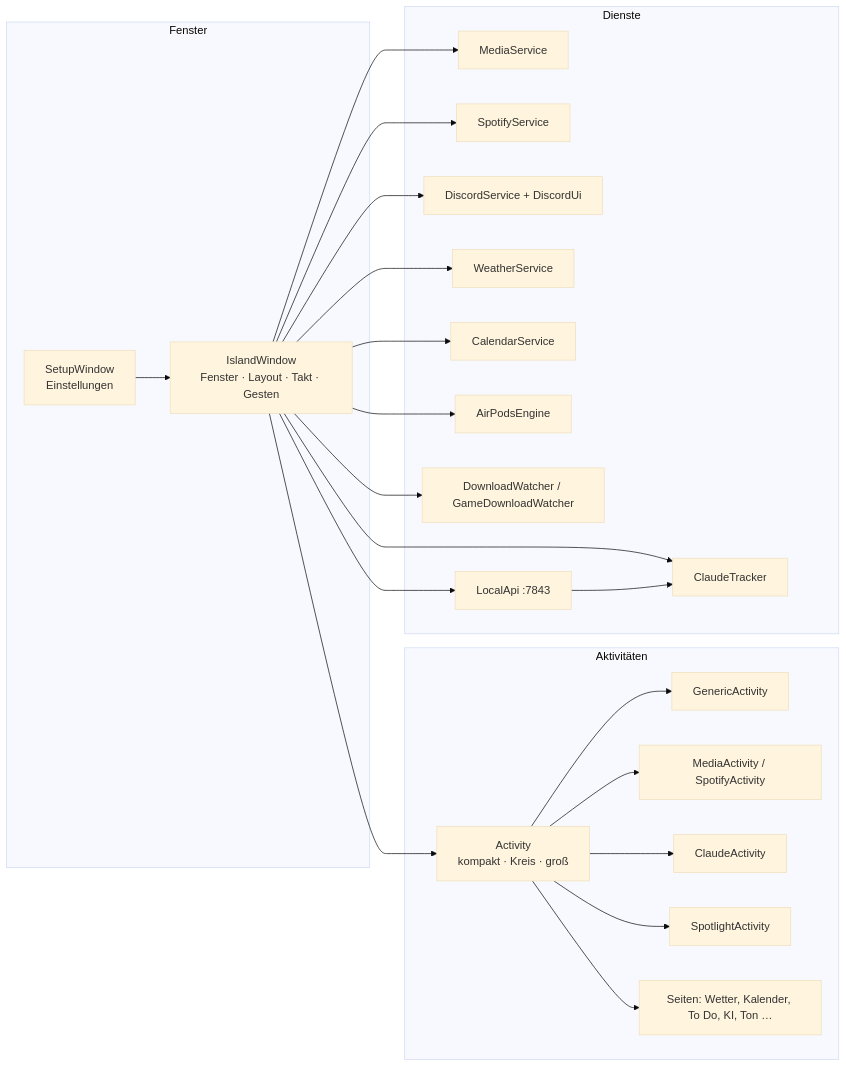
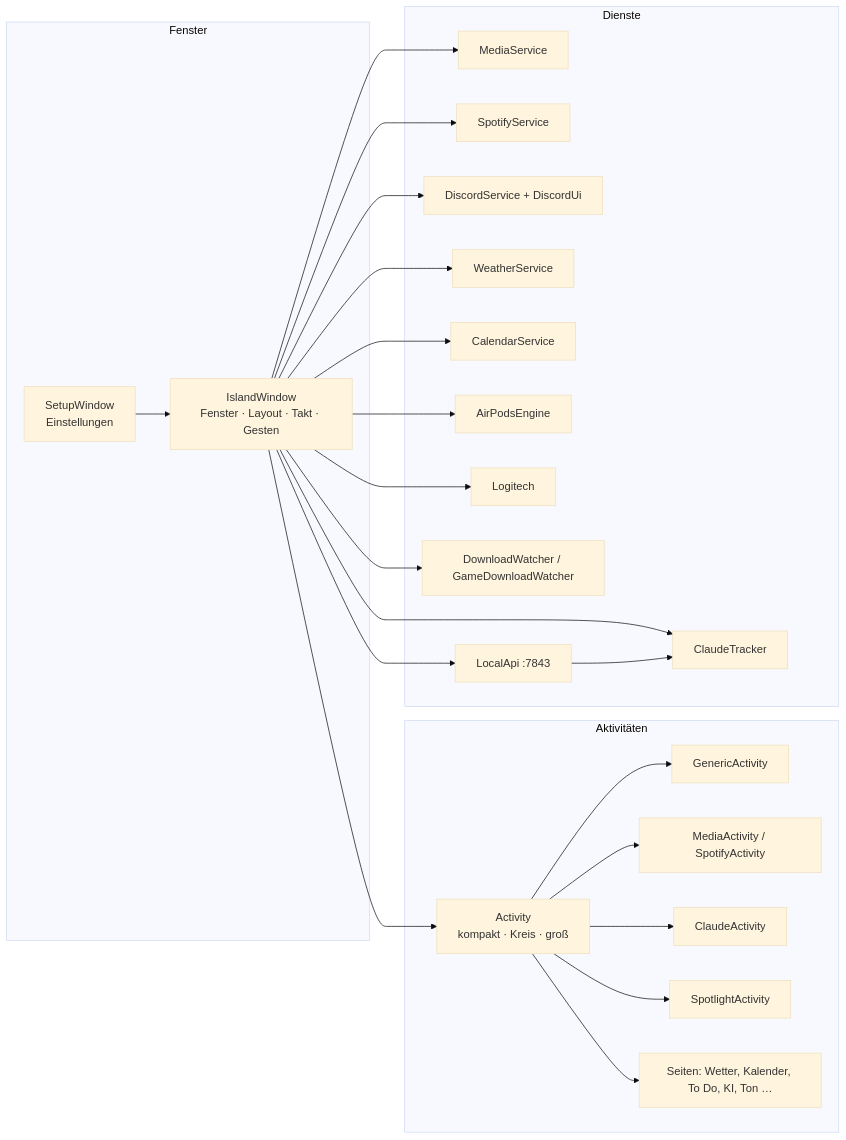
The diagram in SPEZIFIKATION.md (SNIWI/DieGeileInsel), drawn with Mermaid (base theme) before and after one commit. The commit also changed other lines of this file, not shown here.

````diff
--- a/SPEZIFIKATION.md
+++ b/SPEZIFIKATION.md
@@ -35,31 +49,32 @@
 ```mermaid
 flowchart LR
     subgraph Fenster
         IW[IslandWindow<br/>Fenster · Layout · Takt · Gesten]
         SW[SetupWindow<br/>Einstellungen]
     end
     subgraph Aktivitäten
         A[Activity<br/>kompakt · Kreis · groß]
         GA[GenericActivity]
         PL[MediaActivity / SpotifyActivity]
         CL[ClaudeActivity]
         SP[SpotlightActivity]
         PG[Seiten: Wetter, Kalender, To Do, KI, Ton …]
     end
     subgraph Dienste
         MS[MediaService]
         SPS[SpotifyService]
         DS[DiscordService + DiscordUi]
         CT[ClaudeTracker]
         WS[WeatherService]
         CS[CalendarService]
         AP[AirPodsEngine]
+        LG[Logitech]
         DL[DownloadWatcher / GameDownloadWatcher]
         API[LocalApi :7843]
     end
     IW --> A
     A --> GA & PL & CL & SP & PG
-    IW --> MS & SPS & DS & CT & WS & CS & AP & DL & API
+    IW --> MS & SPS & DS & CT & WS & CS & AP & LG & DL & API
     API --> CT
     SW --> IW
 ```
````
